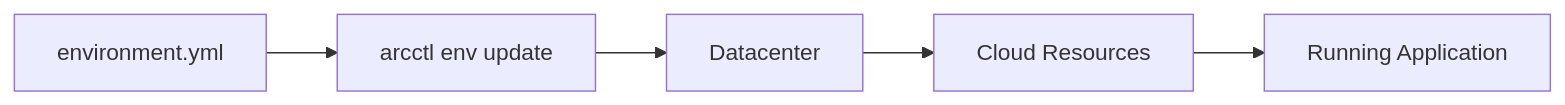
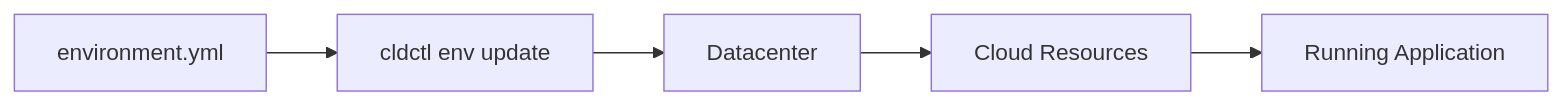
Before and after one commit to davidthor/arcctl: the diagram in docs/environments/overview.mdx, drawn with Mermaid. The commit also changed other lines of this file and 441 other files, not shown here.

````diff
--- a/docs/environments/overview.mdx
+++ b/docs/environments/overview.mdx
@@ -76,7 +76,7 @@
 ```mermaid
 flowchart LR
-    A[environment.yml] --> B[arcctl env update]
+    A[environment.yml] --> B[cldctl env update]
     B --> C[Datacenter]
     C --> D[Cloud Resources]
     D --> E[Running Application]
 ```
````
